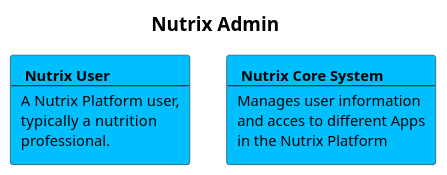
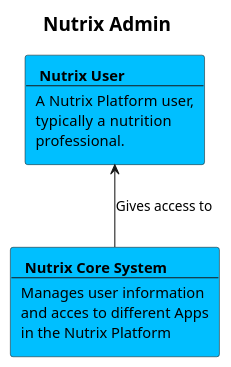
The diagram in nutrix.plantuml (josueMerino/practiceUML), drawn with PlantUML before and after one commit.

Commit message:
Changing things

```diff
--- a/nutrix.plantuml
+++ b/nutrix.plantuml
@@ -1,38 +1,40 @@
 @startuml Nutrix
 
 <style>
 title {
 
     FontSize 18
 }
 
 rectangle {
     BackgroundColor DeepSkyBlue
     TextAlignment center
 }
 
 </style>
 
 title Nutrix Admin
 
 
 rectangle nutrixUser[
     <b> Nutrix User 
     ----
     A Nutrix Platform user,
     typically  a nutrition
     professional.
 ]
 
 rectangle nutrixCore [
     <b> Nutrix Core System 
     ----
     Manages user information
     and acces to different Apps
     in the Nutrix Platform
 ]
 
+[nutrixUser] <-- [nutrixCore]: Gives access to
+
 
 
 
 @enduml
```
